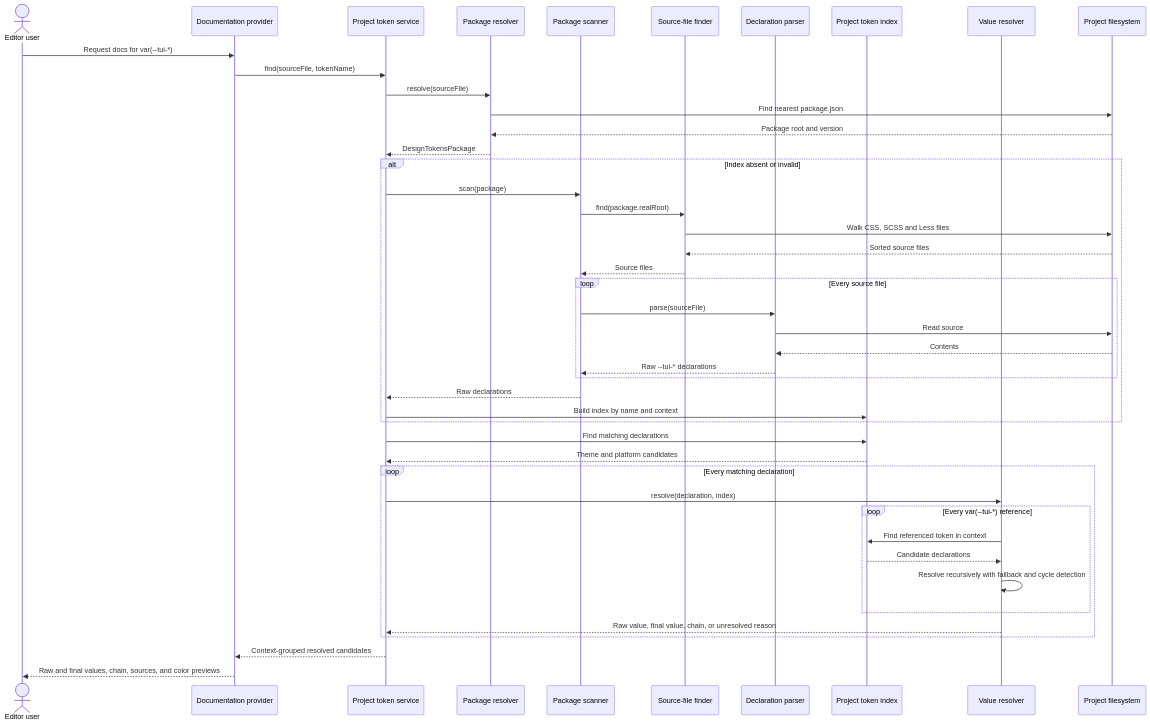
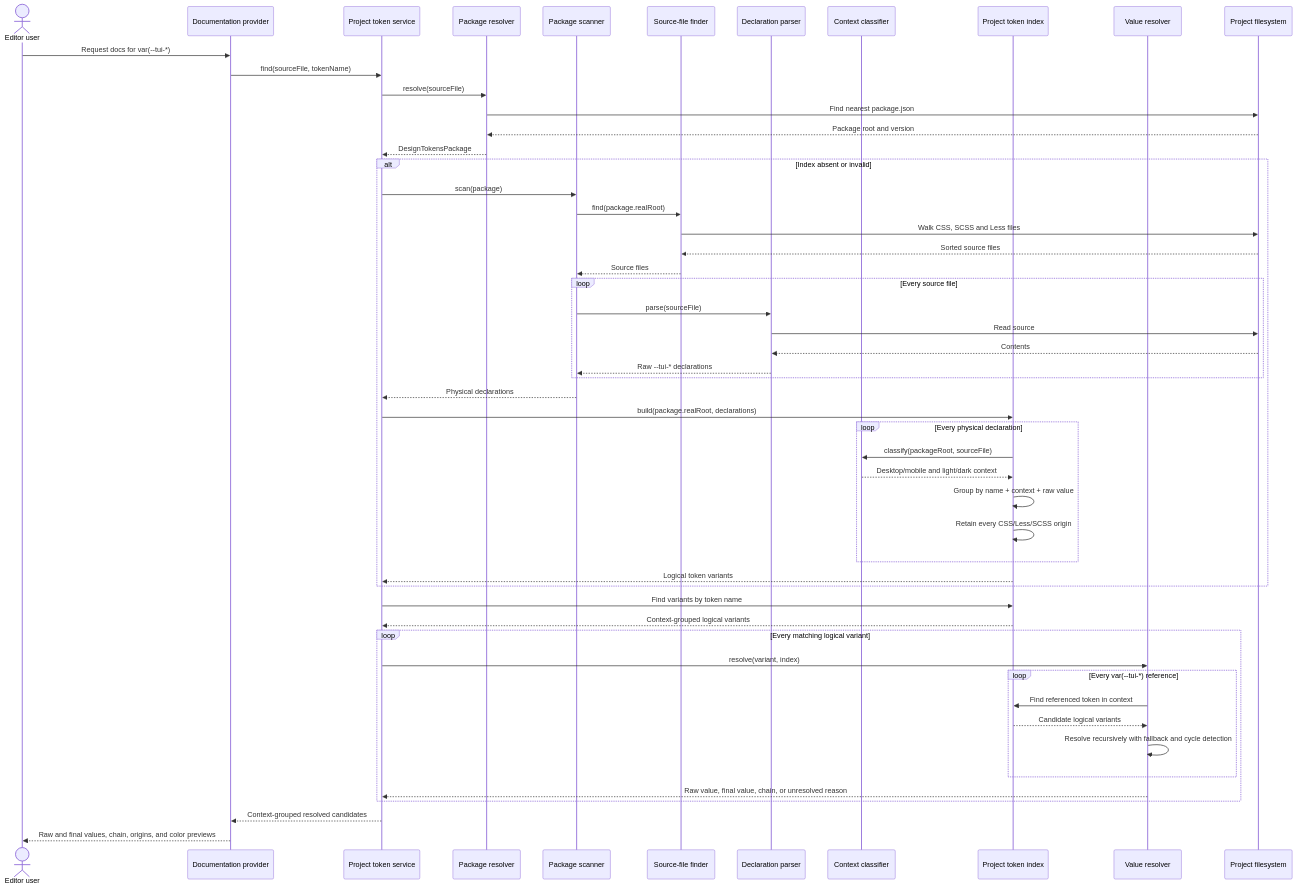
One commit to splincode-taiga-labs/taiga-design-tokens-plugin changed the diagram in README.md. Above: the diagram before and after it, drawn with Mermaid. The commit also changed other lines of this file, not shown here.

Commit message:
docs: add logical token variants to architecture

````diff
--- a/README.md
+++ b/README.md
@@ -32,56 +32,66 @@
 ```mermaid
 sequenceDiagram
     actor User as Editor user
     participant Docs as Documentation provider
     participant Service as Project token service
     participant Resolver as Package resolver
     participant Scanner as Package scanner
     participant Finder as Source-file finder
     participant Parser as Declaration parser
+    participant Classifier as Context classifier
     participant Index as Project token index
     participant Values as Value resolver
     participant FS as Project filesystem
 
     User->>Docs: Request docs for var(--tui-*)
     Docs->>Service: find(sourceFile, tokenName)
     Service->>Resolver: resolve(sourceFile)
     Resolver->>FS: Find nearest package.json
     FS-->>Resolver: Package root and version
     Resolver-->>Service: DesignTokensPackage
 
     alt Index absent or invalid
         Service->>Scanner: scan(package)
         Scanner->>Finder: find(package.realRoot)
         Finder->>FS: Walk CSS, SCSS and Less files
         FS-->>Finder: Sorted source files
         Finder-->>Scanner: Source files
 
         loop Every source file
             Scanner->>Parser: parse(sourceFile)
             Parser->>FS: Read source
             FS-->>Parser: Contents
             Parser-->>Scanner: Raw --tui-* declarations
         end
 
-        Scanner-->>Service: Raw declarations
-        Service->>Index: Build index by name and context
+        Scanner-->>Service: Physical declarations
+        Service->>Index: build(package.realRoot, declarations)
+
+        loop Every physical declaration
+            Index->>Classifier: classify(packageRoot, sourceFile)
+            Classifier-->>Index: Desktop/mobile and light/dark context
+            Index->>Index: Group by name + context + raw value
+            Index->>Index: Retain every CSS/Less/SCSS origin
+        end
+
+        Index-->>Service: Logical token variants
     end
 
-    Service->>Index: Find matching declarations
-    Index-->>Service: Theme and platform candidates
+    Service->>Index: Find variants by token name
+    Index-->>Service: Context-grouped logical variants
 
-    loop Every matching declaration
-        Service->>Values: resolve(declaration, index)
+    loop Every matching logical variant
+        Service->>Values: resolve(variant, index)
 
         loop Every var(--tui-*) reference
             Values->>Index: Find referenced token in context
-            Index-->>Values: Candidate declarations
+            Index-->>Values: Candidate logical variants
             Values->>Values: Resolve recursively with fallback and cycle detection
         end
 
         Values-->>Service: Raw value, final value, chain, or unresolved reason
     end
 
     Service-->>Docs: Context-grouped resolved candidates
-    Docs-->>User: Raw and final values, chain, sources, and color previews
+    Docs-->>User: Raw and final values, chain, origins, and color previews
 ```
````
